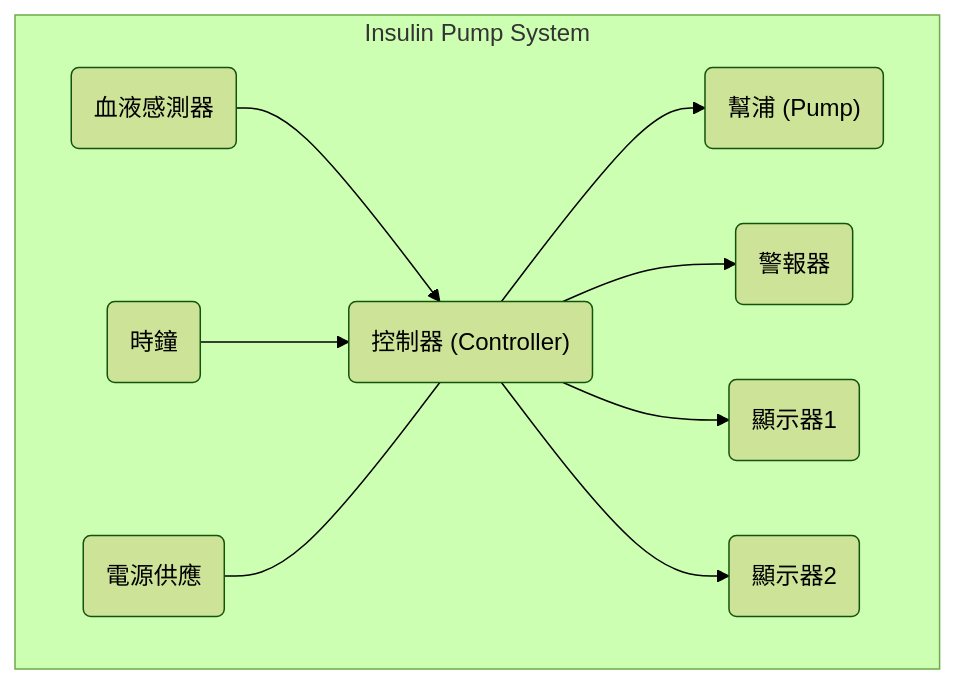
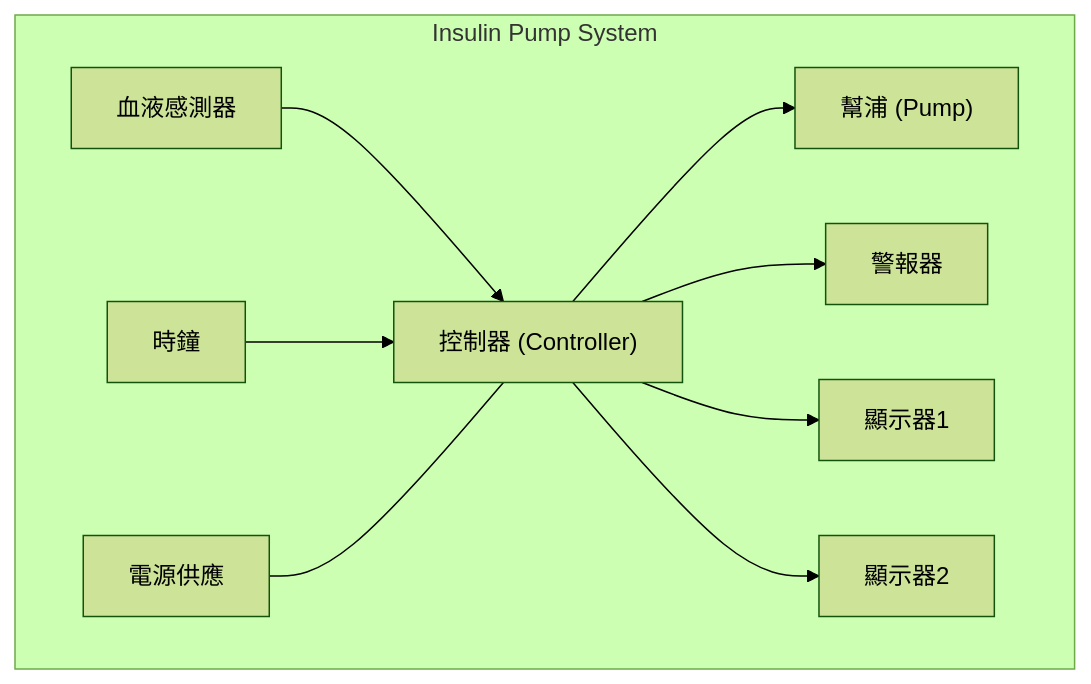
Before and after one commit to jackey890819/jackey890819.github.io: the second of 3 diagrams in _posts/2026/01/2026-01-29-software-engineering-ch01.md, drawn with Mermaid (forest theme). The commit also changed other lines of this file and 8 other files, not shown here.

````diff
--- a/_posts/2026/01/2026-01-29-software-engineering-ch01.md
+++ b/_posts/2026/01/2026-01-29-software-engineering-ch01.md
@@ -98,13 +98,13 @@
 ```mermaid
 graph TD
     subgraph "Insulin Pump System"
-        Controller("控制器 (Controller)")
-        Sensor("血液感測器") --> Controller
-        Controller --> Pump("幫浦 (Pump)")
-        Controller --> Alarm("警報器")
-        Controller --> Display1("顯示器1")
-        Controller --> Display2("顯示器2")
-        Clock("時鐘") --> Controller
-        Power("電源供應") --- Controller
+        Controller["控制器 (Controller)"]
+        Sensor["血液感測器"] --> Controller
+        Controller --> Pump["幫浦 (Pump)"]
+        Controller --> Alarm["警報器"]
+        Controller --> Display1["顯示器1"]
+        Controller --> Display2["顯示器2"]
+        Clock["時鐘"] --> Controller
+        Power["電源供應"] --- Controller
     end
 ```
````
